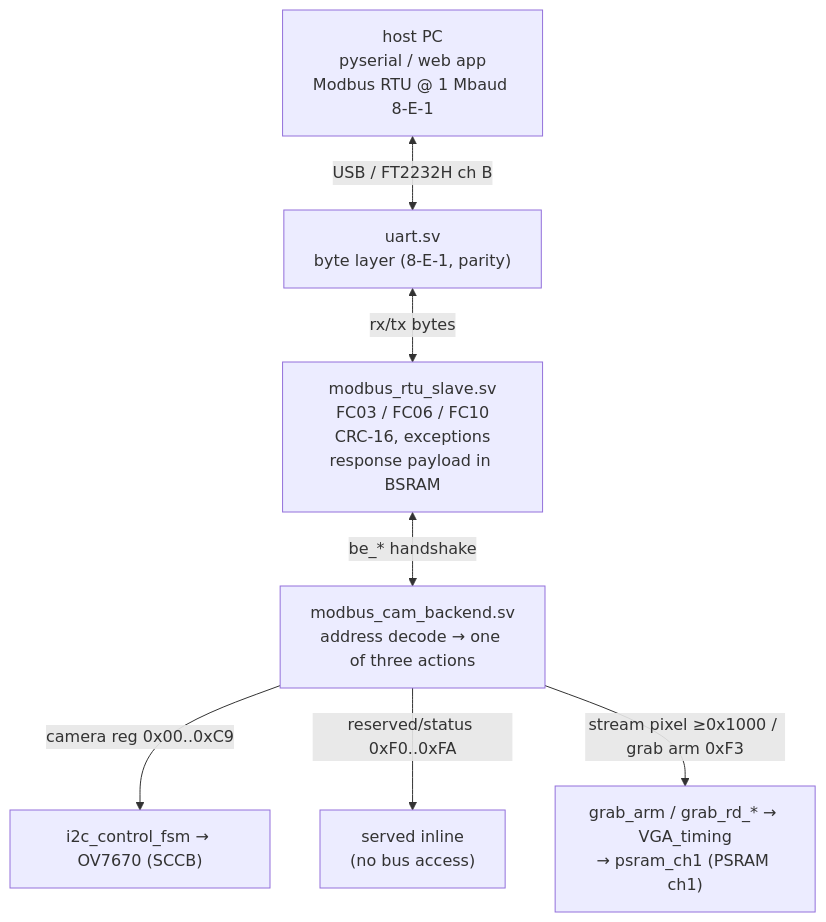
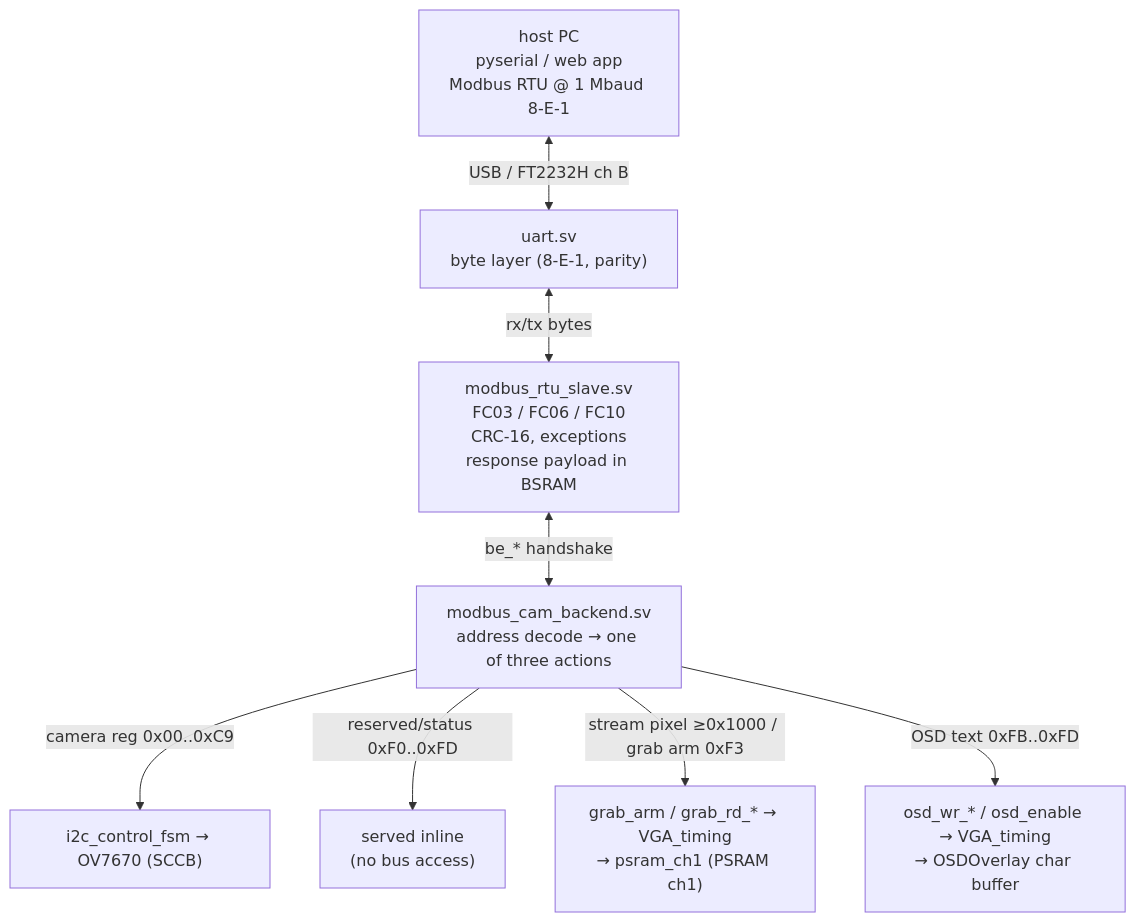
The first of 3 diagrams in doc/modbus_server.md (phoenix367/tang_nano_9K_ov7670), drawn with Mermaid before and after one commit. The commit also changed other lines of this file and 28 other files, not shown here.

````diff
--- a/doc/modbus_server.md
+++ b/doc/modbus_server.md
@@ -19,17 +19,19 @@
 ```mermaid
 flowchart TB
     HOST["host PC<br/>pyserial / web app<br/>Modbus RTU @ 1 Mbaud 8-E-1"]
     UART["uart.sv<br/>byte layer (8-E-1, parity)"]
     SLAVE["modbus_rtu_slave.sv<br/>FC03 / FC06 / FC10<br/>CRC-16, exceptions<br/>response payload in BSRAM"]
     BE["modbus_cam_backend.sv<br/>address decode → one of three actions"]
     I2C["i2c_control_fsm → OV7670 (SCCB)"]
     RES["served inline<br/>(no bus access)"]
     CH1["grab_arm / grab_rd_* → VGA_timing<br/>→ psram_ch1 (PSRAM ch1)"]
+    OSD["osd_wr_* / osd_enable → VGA_timing<br/>→ OSDOverlay char buffer"]
 
     HOST <-->|"USB / FT2232H ch B"| UART
     UART <-->|"rx/tx bytes"| SLAVE
     SLAVE <-->|"be_* handshake"| BE
     BE -->|"camera reg 0x00..0xC9"| I2C
-    BE -->|"reserved/status 0xF0..0xFA"| RES
+    BE -->|"reserved/status 0xF0..0xFD"| RES
     BE -->|"stream pixel ≥0x1000 / grab arm 0xF3"| CH1
+    BE -->|"OSD text 0xFB..0xFD"| OSD
 ```
````
